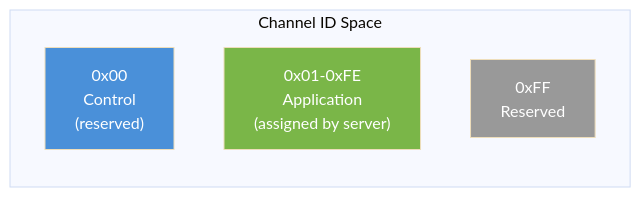
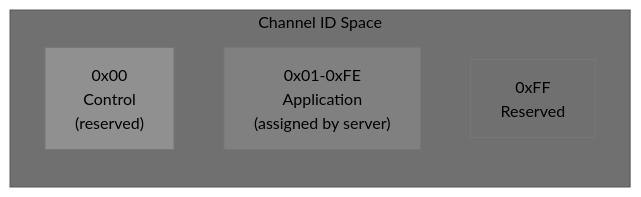
The eighth of 16 diagrams in README.md (deftai/xumux), drawn with Mermaid before and after one commit. The commit also changed other lines of this file, not shown here.

Commit message:
docs: apply grayscale theme to all README mermaid diagrams

````diff
--- a/README.md
+++ b/README.md
@@ -387,13 +387,13 @@
 ```mermaid
-%%{init: {'theme': 'base', 'themeVariables': {'primaryTextColor': '#000', 'lineColor': '#333'}}}%%
+%%{init: {'theme': 'base', 'themeVariables': {'primaryTextColor': '#000000', 'secondaryTextColor': '#000000', 'tertiaryTextColor': '#000000', 'noteTextColor': '#000000', 'primaryColor': '#909090', 'secondaryColor': '#808080', 'tertiaryColor': '#707070', 'lineColor': '#404040'}}}%%
 graph LR
     subgraph "Channel ID Space"
         C0["0x00<br/>Control<br/>(reserved)"]
         C1["0x01-0xFE<br/>Application<br/>(assigned by server)"]
         C2["0xFF<br/>Reserved"]
     end
 
-    style C0 fill:#4a90d9,color:#fff
-    style C1 fill:#7ab648,color:#fff
-    style C2 fill:#999,color:#fff
+    style C0 fill:#909090,color:#000000
+    style C1 fill:#808080,color:#000000
+    style C2 fill:#707070,color:#000000
 ```
````
